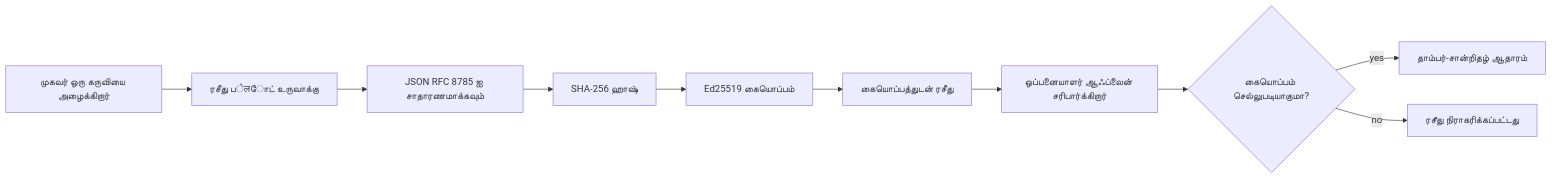
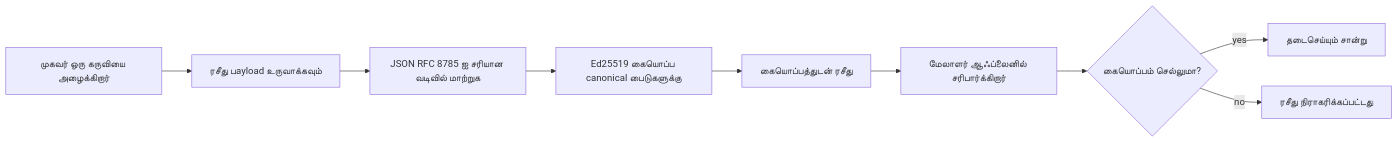
The first of 2 diagrams in mirrors/repos/microsoft@ai-agents-for-beginners/translations/ta/18-securing-ai-agents/README.md (gabrielmoreira/agent-skills-mirror), drawn with Mermaid before and after one commit. The commit also changed other lines of this file and 4262 other files, not shown here.

````diff
--- a/mirrors/repos/microsoft@ai-agents-for-beginners/translations/ta/18-securing-ai-agents/README.md
+++ b/mirrors/repos/microsoft@ai-agents-for-beginners/translations/ta/18-securing-ai-agents/README.md
@@ -51,12 +51,11 @@
 ```mermaid
 flowchart LR
-    A[முகவர் ஒரு கருவியை அழைக்கிறார்] --> B[ரசீது பेलோட் உருவாக்கு]
-    B --> C[JSON RFC 8785 ஐ சாதாரணமாக்கவும்]
-    C --> D[SHA-256 ஹாஷ்]
-    D --> E[Ed25519 கையொப்பம்]
+    A[முகவர் ஒரு கருவியை அழைக்கிறார்] --> B[ரசீது பayload உருவாக்கவும்]
+    B --> C[JSON RFC 8785 ஐ சரியான வடிவில் மாற்றுக]
+    C --> E[Ed25519 கையொப்ப canonical பைடுகளுக்கு]
     E --> F[கையொப்பத்துடன் ரசீது]
-    F --> G[ஒப்பனையாளர் ஆஃப்லைன் சரிபார்க்கிறார்]
-    G --> H{கையொப்பம் செல்லுபடியாகுமா?}
-    H -- yes --> I[தாம்பர்-சான்றிதழ் ஆதாரம்]
+    F --> G[மேலாளர் ஆஃப்லைனில் சரிபார்க்கிறார்]
+    G --> H{கையொப்பம் செல்லுமா?}
+    H -- yes --> I[தடைசெய்யும் சான்று]
     H -- no --> J[ரசீது நிராகரிக்கப்பட்டது]
 ```
````
